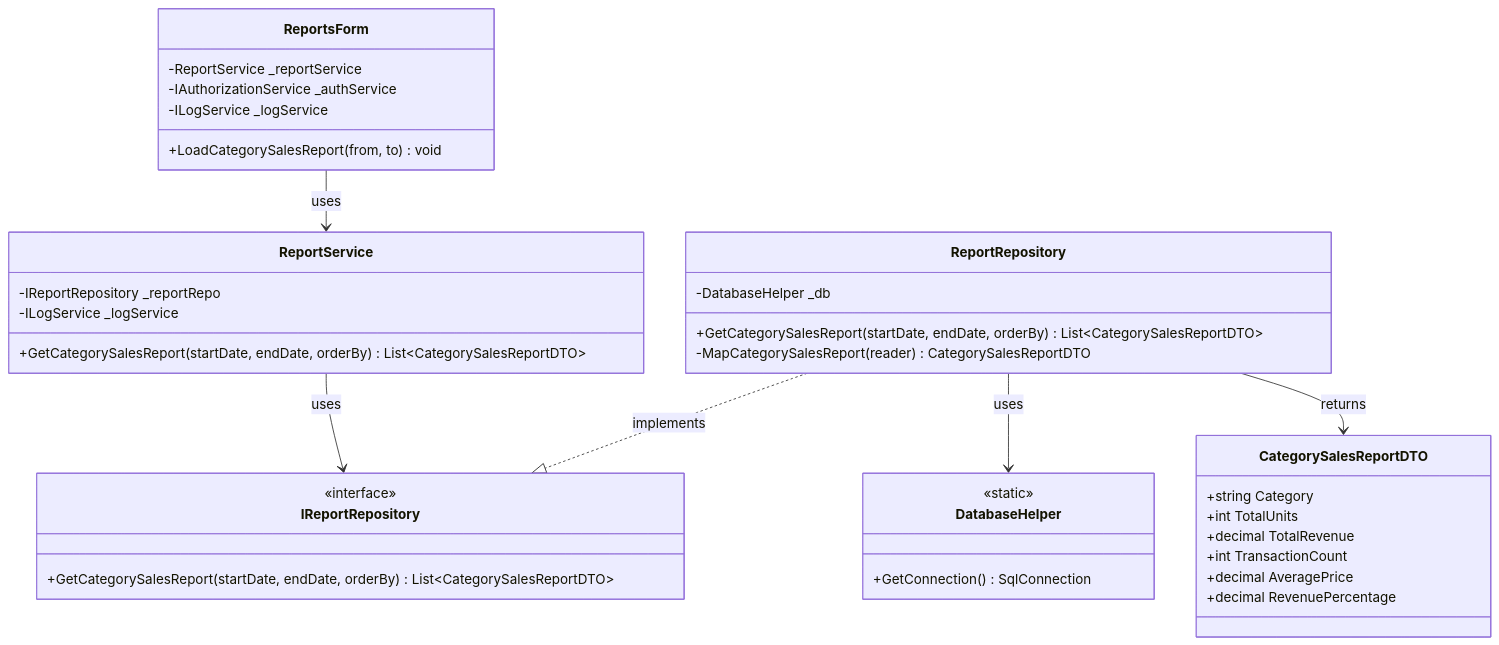
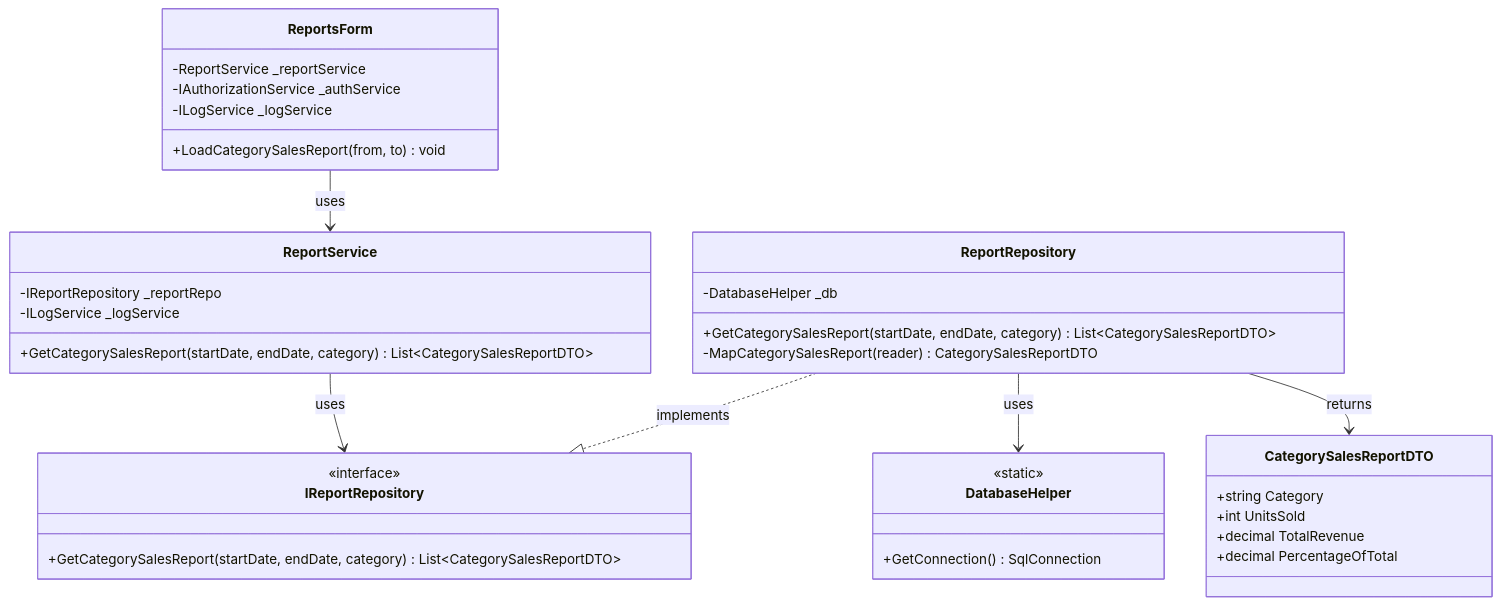
The first of 7 diagrams in Documentation/UML_Diagrams/09_Reports_Management_Process_Class_Diagram.md (nahuk86/tp_diploma_nk_2026), drawn with Mermaid before and after one commit. The commit also changed other lines of this file and 4 other files, not shown here.

Commit message:
Update UML diagrams 08-12 to reflect actual implementation

````diff
--- a/Documentation/UML_Diagrams/09_Reports_Management_Process_Class_Diagram.md
+++ b/Documentation/UML_Diagrams/09_Reports_Management_Process_Class_Diagram.md
@@ -9,46 +9,44 @@
 ```mermaid
 classDiagram
     class ReportsForm {
         -ReportService _reportService
         -IAuthorizationService _authService
         -ILogService _logService
         +LoadCategorySalesReport(from, to) void
     }
 
     class ReportService {
         -IReportRepository _reportRepo
         -ILogService _logService
-        +GetCategorySalesReport(startDate, endDate, orderBy) List~CategorySalesReportDTO~
+        +GetCategorySalesReport(startDate, endDate, category) List~CategorySalesReportDTO~
     }
 
     class IReportRepository {
         <<interface>>
-        +GetCategorySalesReport(startDate, endDate, orderBy) List~CategorySalesReportDTO~
+        +GetCategorySalesReport(startDate, endDate, category) List~CategorySalesReportDTO~
     }
 
     class ReportRepository {
         -DatabaseHelper _db
-        +GetCategorySalesReport(startDate, endDate, orderBy) List~CategorySalesReportDTO~
+        +GetCategorySalesReport(startDate, endDate, category) List~CategorySalesReportDTO~
         -MapCategorySalesReport(reader) CategorySalesReportDTO
     }
 
     class DatabaseHelper {
         <<static>>
         +GetConnection() SqlConnection
     }
 
     class CategorySalesReportDTO {
         +string Category
-        +int TotalUnits
+        +int UnitsSold
         +decimal TotalRevenue
-        +int TransactionCount
-        +decimal AveragePrice
-        +decimal RevenuePercentage
+        +decimal PercentageOfTotal
     }
 
     ReportsForm --> ReportService : uses
     ReportService --> IReportRepository : uses
     ReportRepository ..|> IReportRepository : implements
     ReportRepository --> DatabaseHelper : uses
     ReportRepository --> CategorySalesReportDTO : returns
 ```
````
